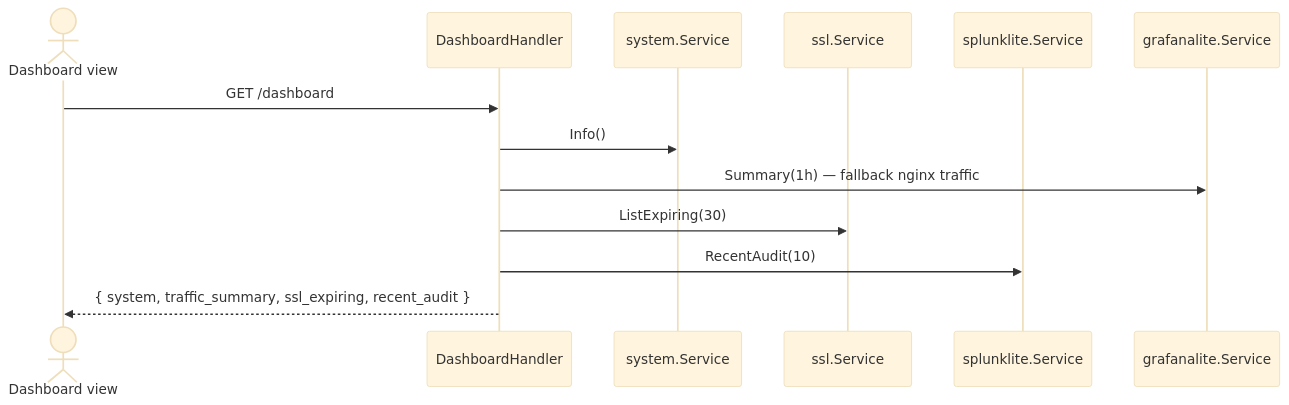
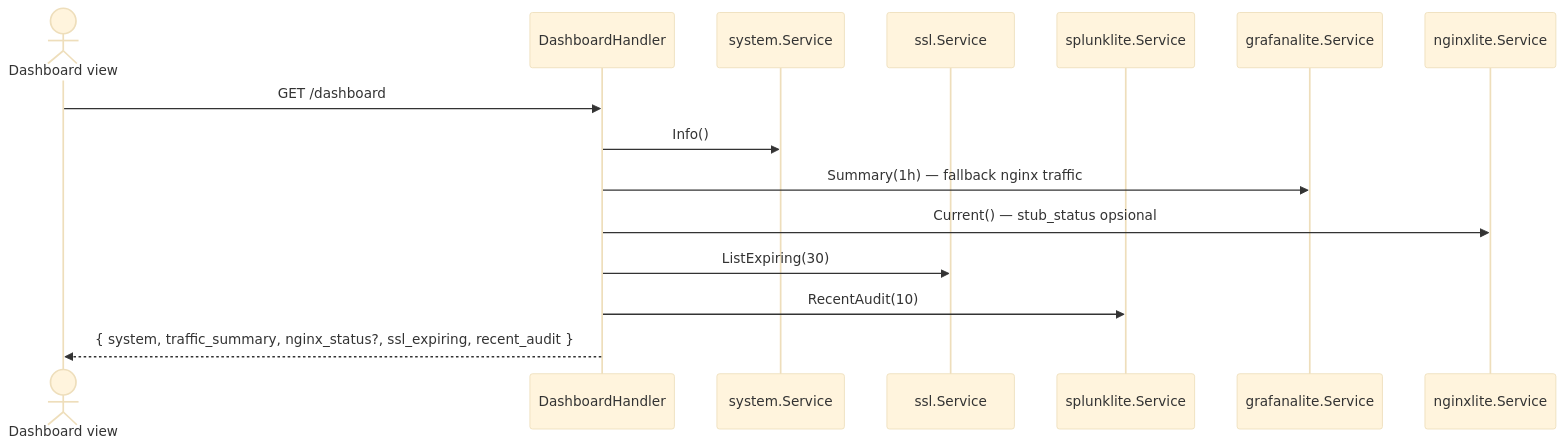
The diagram in docs/sequences/04-dashboard_id.md (jahrulnr/GoSite), drawn with Mermaid (base theme) before and after one commit. The commit also changed other lines of this file and 120 other files, not shown here.

````diff
--- a/docs/sequences/04-dashboard_id.md
+++ b/docs/sequences/04-dashboard_id.md
@@ -11,16 +11,18 @@
 ```mermaid
 sequenceDiagram
     actor UI as Dashboard view
     participant H as DashboardHandler
     participant Sys as system.Service
     participant SSL as ssl.Service
     participant Splunk as splunklite.Service
     participant Graf as grafanalite.Service
+    participant NGX as nginxlite.Service
 
     UI->>H: GET /dashboard
     H->>Sys: Info()
     H->>Graf: Summary(1h) — fallback nginx traffic
+    H->>NGX: Current() — stub_status opsional
     H->>SSL: ListExpiring(30)
     H->>Splunk: RecentAudit(10)
-    H-->>UI: { system, traffic_summary, ssl_expiring, recent_audit }
+    H-->>UI: { system, traffic_summary, nginx_status?, ssl_expiring, recent_audit }
 ```
````
